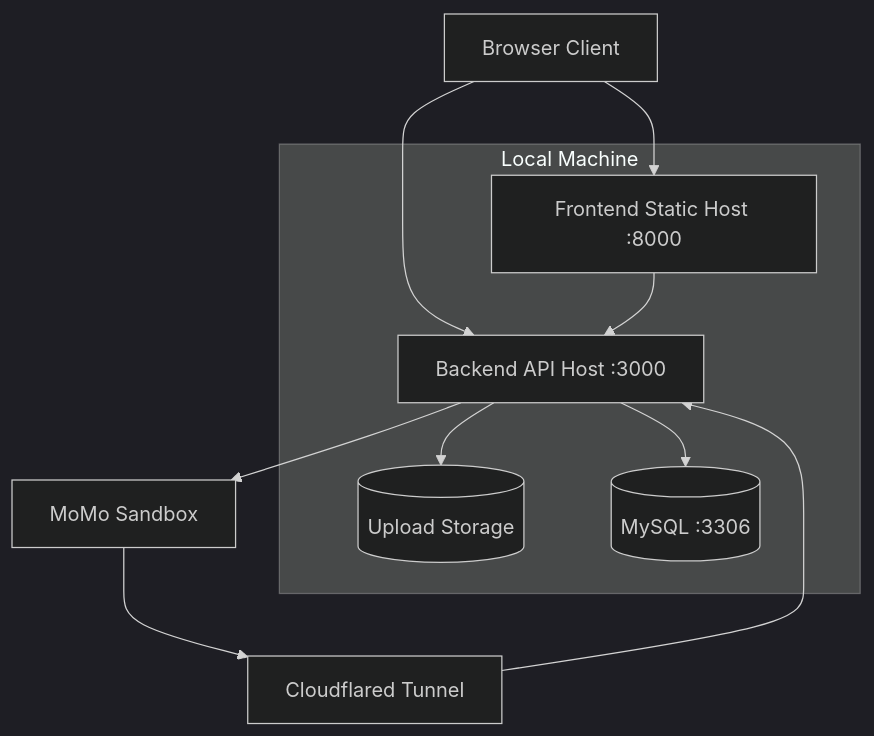
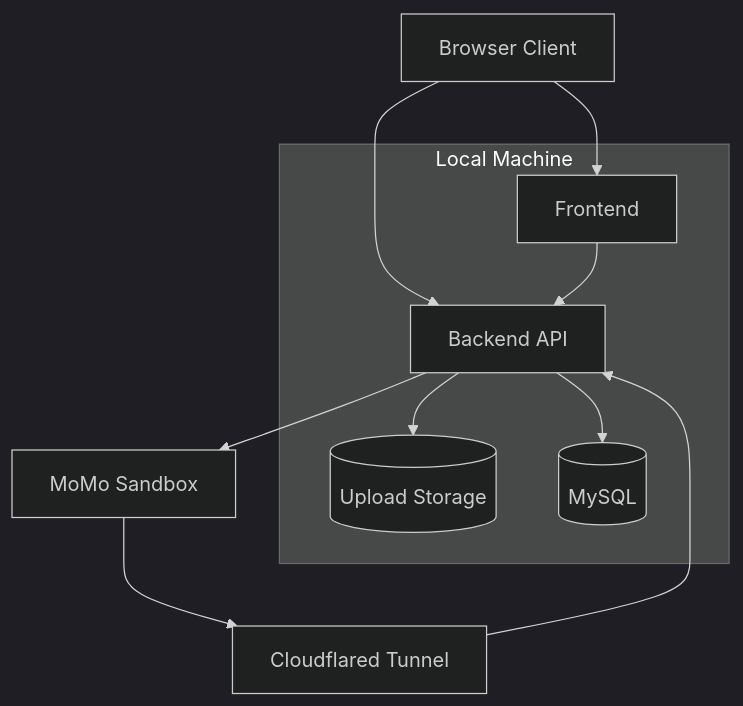
One commit to tamdt131005/backend_api_kttkpm changed the first of 2 diagrams in docs/diagram-data/deployment-diagram-data.md. Above: the diagram before and after it, drawn with Mermaid (dark theme). The commit also changed other lines of this file and 18 other files, not shown here.

````diff
--- a/docs/diagram-data/deployment-diagram-data.md
+++ b/docs/diagram-data/deployment-diagram-data.md
@@ -43,23 +43,23 @@
 ```mermaid
 flowchart TB
     DEP_CLIENT[Browser Client]
 
     subgraph LOCAL_DEV[Local Machine]
-        DEP_FE[Frontend Static Host :8000]
-        DEP_BE[Backend API Host :3000]
+        DEP_FE[Frontend ]
+        DEP_BE[Backend API ]
         DEP_UPLOAD[(Upload Storage)]
-        DEP_DB[(MySQL :3306)]
+        DEP_DB[(MySQL)]
     end
 
     DEP_MOMO[MoMo Sandbox]
     DEP_TUNNEL[Cloudflared Tunnel]
 
     DEP_CLIENT --> DEP_FE
     DEP_CLIENT --> DEP_BE
     DEP_FE --> DEP_BE
     DEP_BE --> DEP_DB
     DEP_BE --> DEP_UPLOAD
     DEP_BE --> DEP_MOMO
     DEP_MOMO --> DEP_TUNNEL
     DEP_TUNNEL --> DEP_BE
 ```
````
